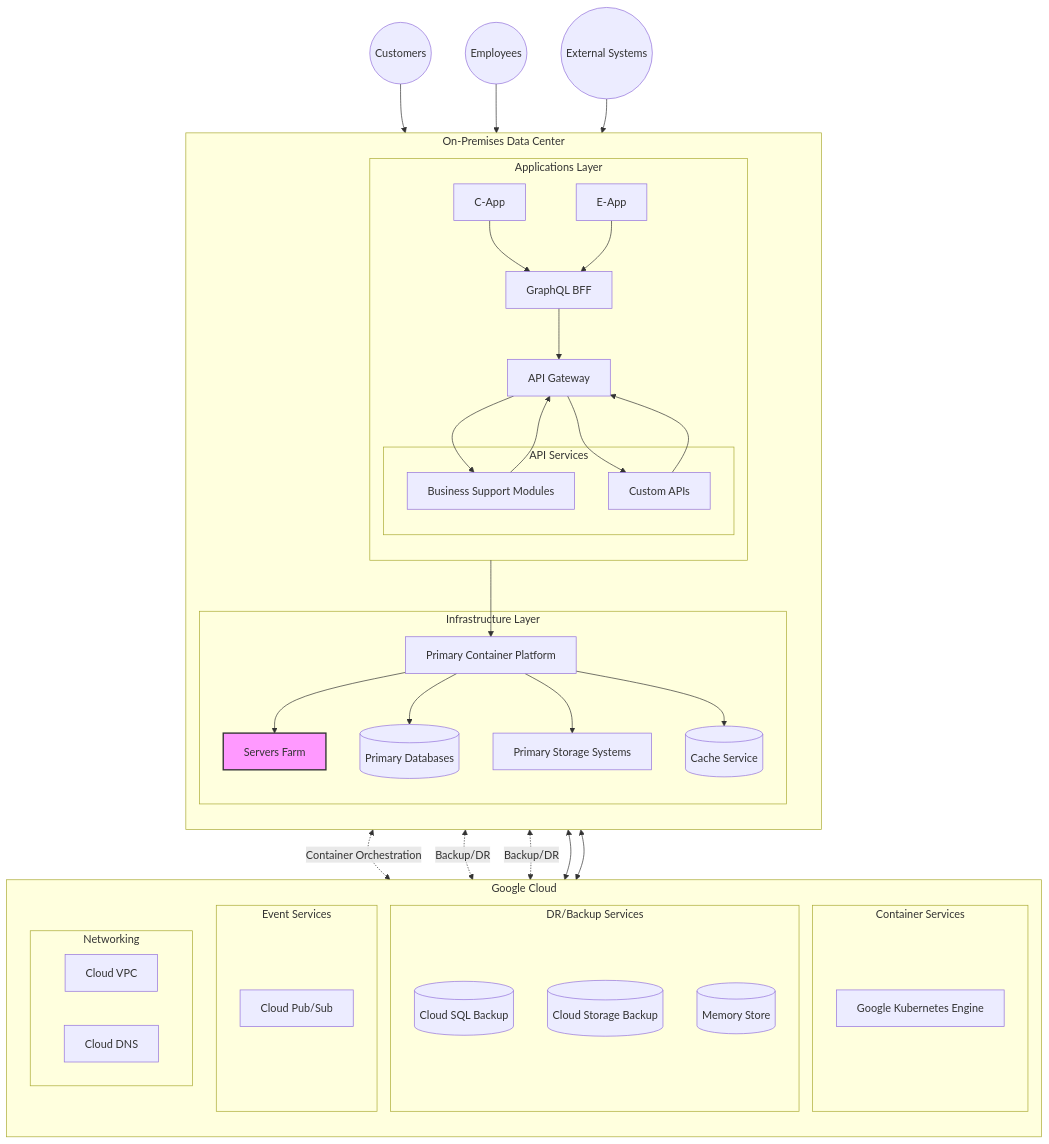
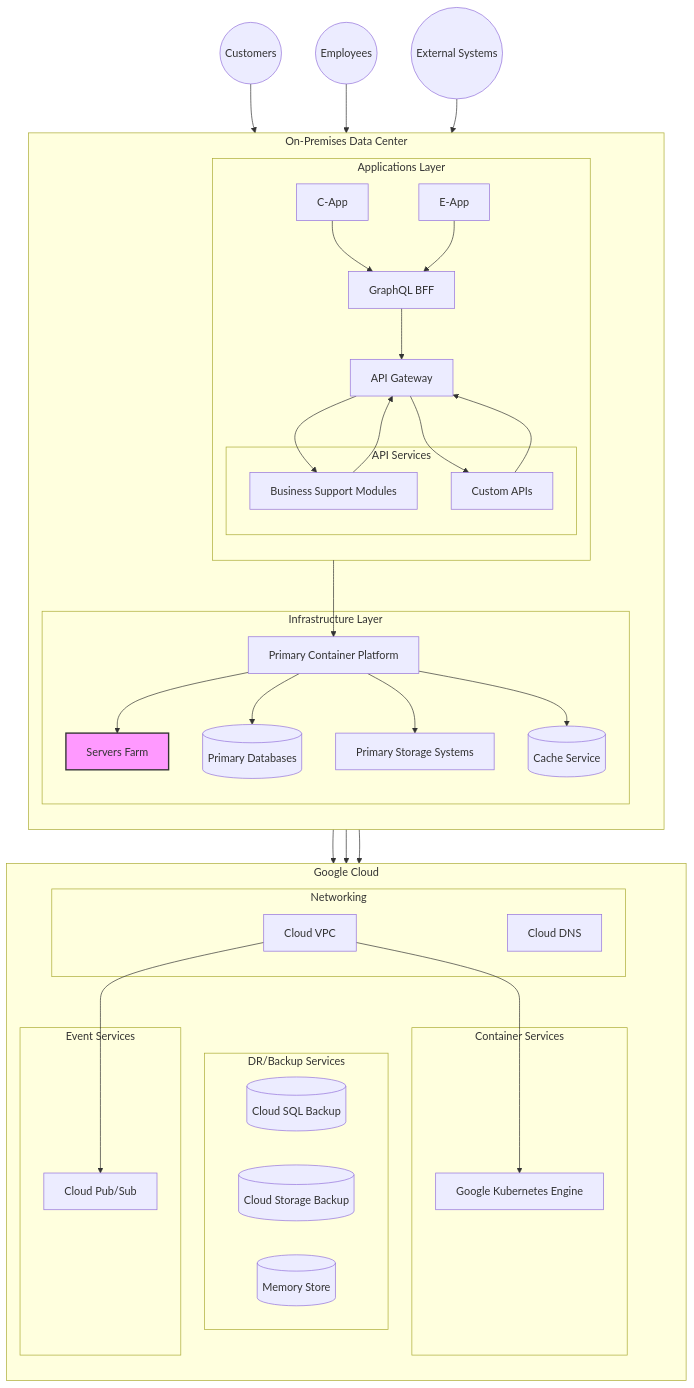
Before and after one commit to henryrestive/infra-docs: the diagram in GCP-HybridCloud.md, drawn with Mermaid. The commit also changed 2 other files, not shown here.

Commit message:
Make the diagrams more visible

````diff
--- a/GCP-HybridCloud.md
+++ b/GCP-HybridCloud.md
@@ -8,70 +8,71 @@
 ```mermaid
 graph TB
     subgraph OnPrem[On-Premises Data Center]
         direction TB
         subgraph Apps[Applications Layer]
             CApp[C-App]
             EApp[E-App]
             subgraph API[API Services]
                 BSM[Business Support Modules]
                 CustomAPI[Custom APIs]
             end
             BFF[GraphQL BFF]
             Gateway[API Gateway]
         end
         
         subgraph Infrastructure[Infrastructure Layer]
             ServersFarm[Servers Farm]:::serversFarm
             ContainerPlatform[Primary Container Platform]
             PrimaryDB[(Primary Databases)]
             PrimaryStorage[Primary Storage Systems]
             CacheService[(Cache Service)]
         end
     end
 
     subgraph GCP[Google Cloud]
         direction TB
+        subgraph Network[Networking]
+            VPC[Cloud VPC]
+            CloudDNS[Cloud DNS]
+        end
+        
         subgraph Compute[Container Services]
             GKE[Google Kubernetes Engine]
         end
         
         subgraph Data[DR/Backup Services]
             CloudSQL[(Cloud SQL Backup)]
             CloudStorage[(Cloud Storage Backup)]
             MemoryStore[(Memory Store)]
         end
         
         subgraph Messaging[Event Services]
             PubSub[Cloud Pub/Sub]
-        end
-        
-        subgraph Network[Networking]
-            VPC[Cloud VPC]
-            CloudDNS[Cloud DNS]
         end
     end
 
     Customers((Customers))
     Employees((Employees))
     ExternalSystems((External Systems))
 
     CApp & EApp --> BFF
     BFF --> Gateway
     BSM & CustomAPI --> Gateway
     Gateway --> BSM
     Gateway --> CustomAPI
     Customers --> CApp
     Employees --> EApp
     ExternalSystems --> Gateway
     Apps --> ContainerPlatform
     ContainerPlatform --> ServersFarm
     ContainerPlatform --> PrimaryDB
     ContainerPlatform --> PrimaryStorage
     ContainerPlatform --> CacheService
-    ContainerPlatform <-.->|Container Orchestration| GKE
-    PrimaryDB <-.->|Backup/DR| CloudSQL
-    PrimaryStorage <-.->|Backup/DR| CloudStorage
-    BSM & CustomAPI <--> PubSub
+    ContainerPlatform --> VPC
+    VPC --> GKE
+    BSM --> VPC
+    CustomAPI --> VPC
+    VPC --> PubSub
 
     classDef serversFarm fill:#f9f,stroke:#333,stroke-width:2px;
 ```
````
